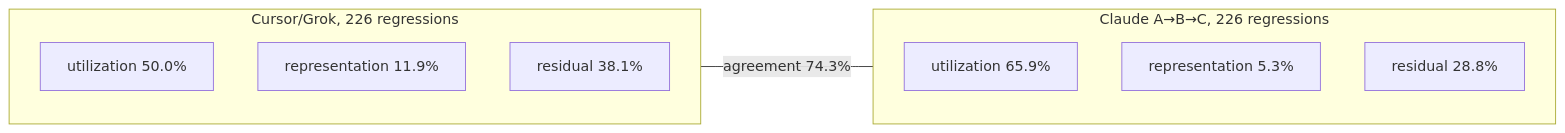
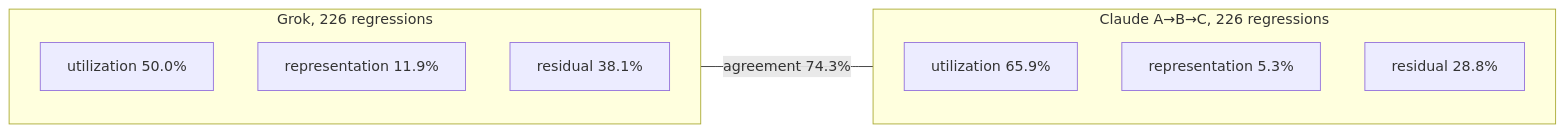
One commit to ChimdumebiNebolisa/Evidex changed the second of 2 diagrams in README.md. Above: the diagram before and after it, drawn with Mermaid. The commit also changed other lines of this file, not shown here.

Commit message:
Clarify Evidex study flow and manuscript navigation.

````diff
--- a/README.md
+++ b/README.md
@@ -75,14 +81,14 @@
 ```mermaid
 flowchart LR
-    subgraph Grok["Cursor/Grok, 226 regressions"]
+    subgraph Grok["Grok, 226 regressions"]
         g1["utilization 50.0%"]
         g2["representation 11.9%"]
         g3["residual 38.1%"]
     end
     subgraph Claude["Claude A→B→C, 226 regressions"]
         c1["utilization 65.9%"]
         c2["representation 5.3%"]
         c3["residual 28.8%"]
     end
     Grok ---|agreement 74.3%| Claude
 ```
````
